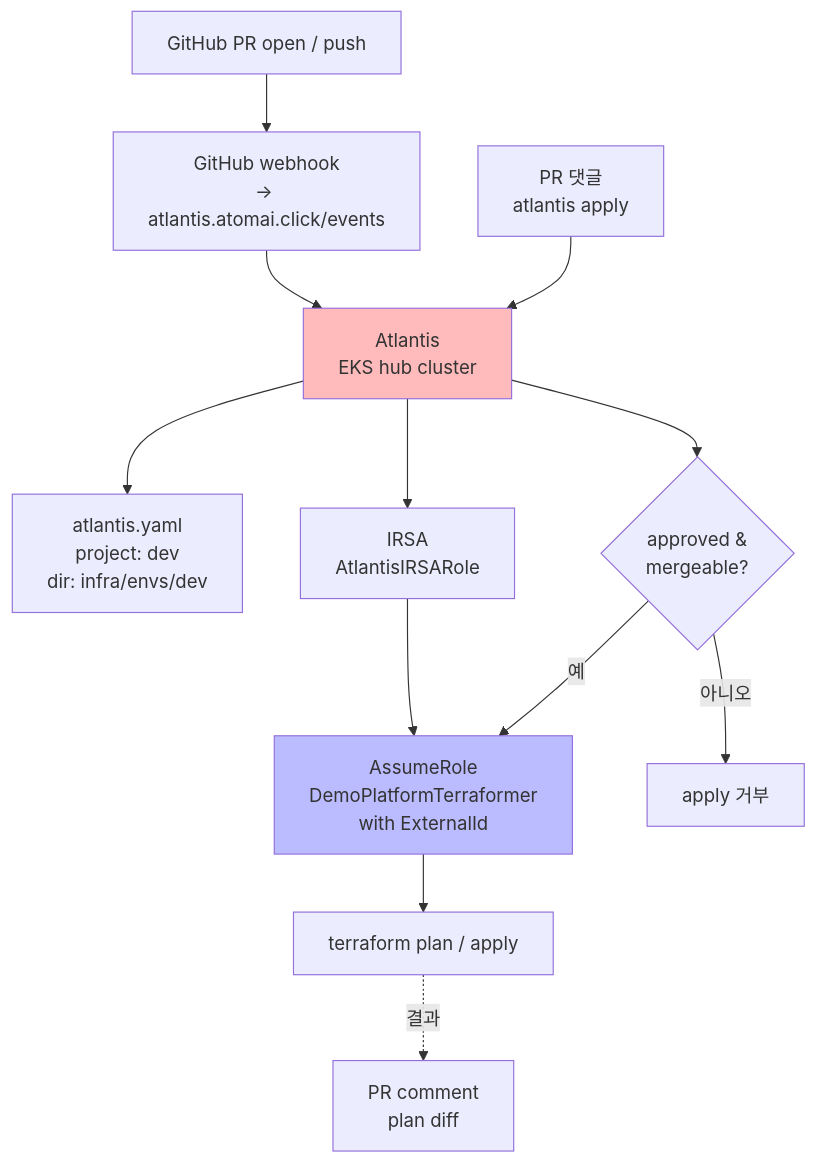
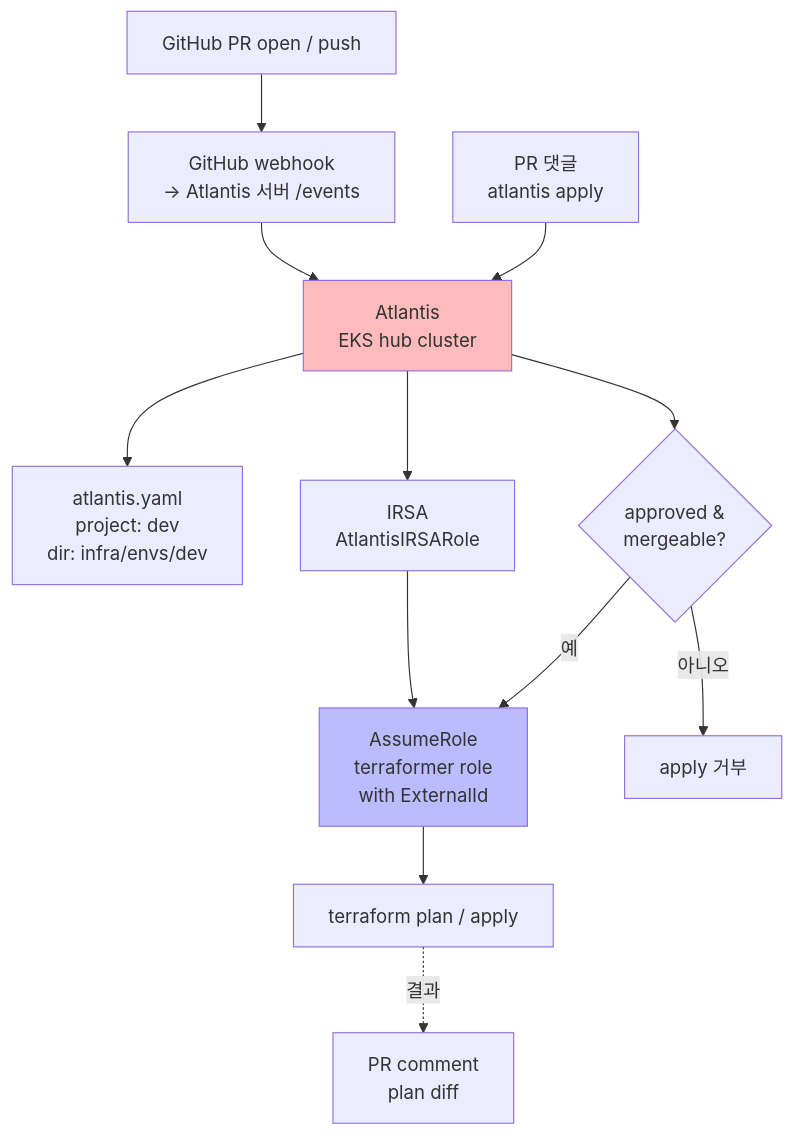
The first of 2 diagrams in docs/decisions/ADR-009-atlantis-for-terraform-deployment.md (Atom-oh/call-center-admin), drawn with Mermaid before and after one commit. The commit also changed other lines of this file and 21 other files, not shown here.

````diff
--- a/docs/decisions/ADR-009-atlantis-for-terraform-deployment.md
+++ b/docs/decisions/ADR-009-atlantis-for-terraform-deployment.md
@@ -35,18 +35,18 @@
 ```mermaid
 flowchart TD
-    PR[GitHub PR open / push] --> WH[GitHub webhook<br/>→ atlantis.atomai.click/events]
+    PR[GitHub PR open / push] --> WH[GitHub webhook<br/>→ Atlantis 서버 /events]
     WH --> AT[Atlantis<br/>EKS hub cluster]
     AT --> ART[atlantis.yaml<br/>project: dev<br/>dir: infra/envs/dev]
     AT --> IR[IRSA<br/>AtlantisIRSARole]
-    IR --> AR[AssumeRole<br/>DemoPlatformTerraformer<br/>with ExternalId]
+    IR --> AR[AssumeRole<br/>terraformer role<br/>with ExternalId]
     AR --> TF[terraform plan / apply]
     TF -.->|결과| PRC[PR comment<br/>plan diff]
 
     PR2[PR 댓글<br/>atlantis apply] --> AT
     AT --> CHK{approved &<br/>mergeable?}
     CHK -- 예 --> AR
     CHK -- 아니오 --> REJ[apply 거부]
 
     style AT fill:#fbb
     style AR fill:#bbf
 ```
````
